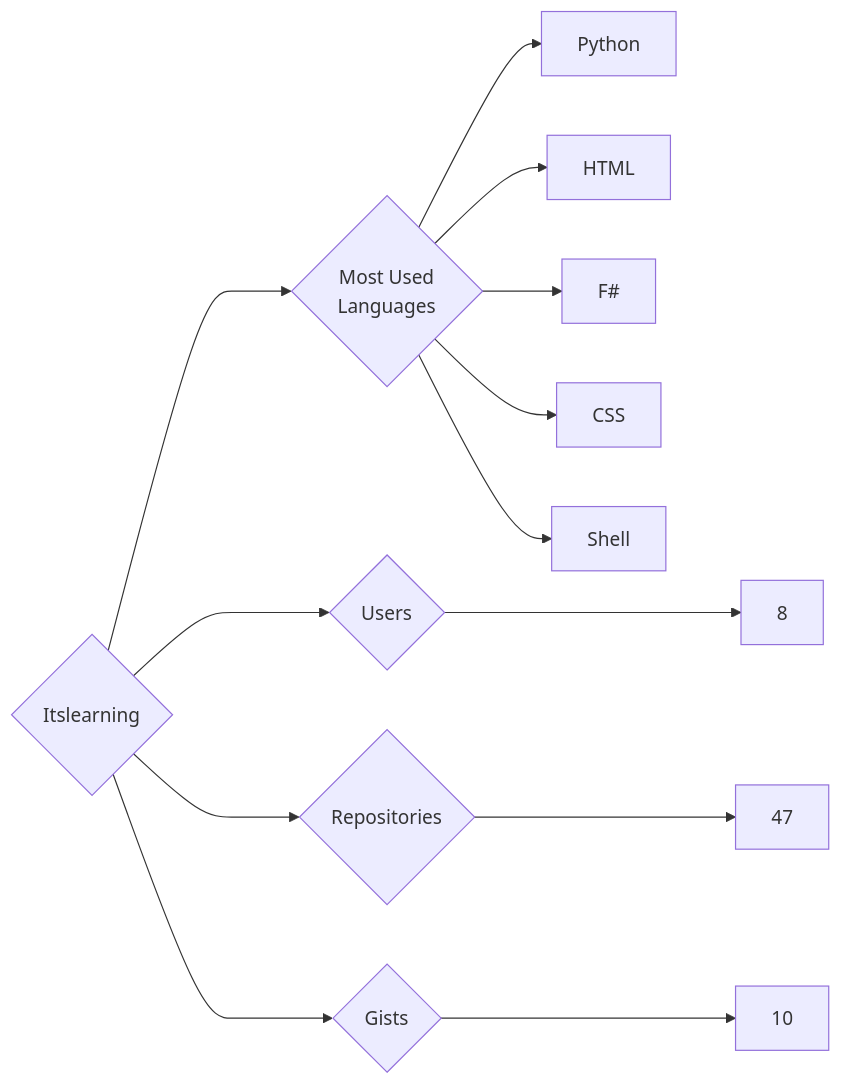
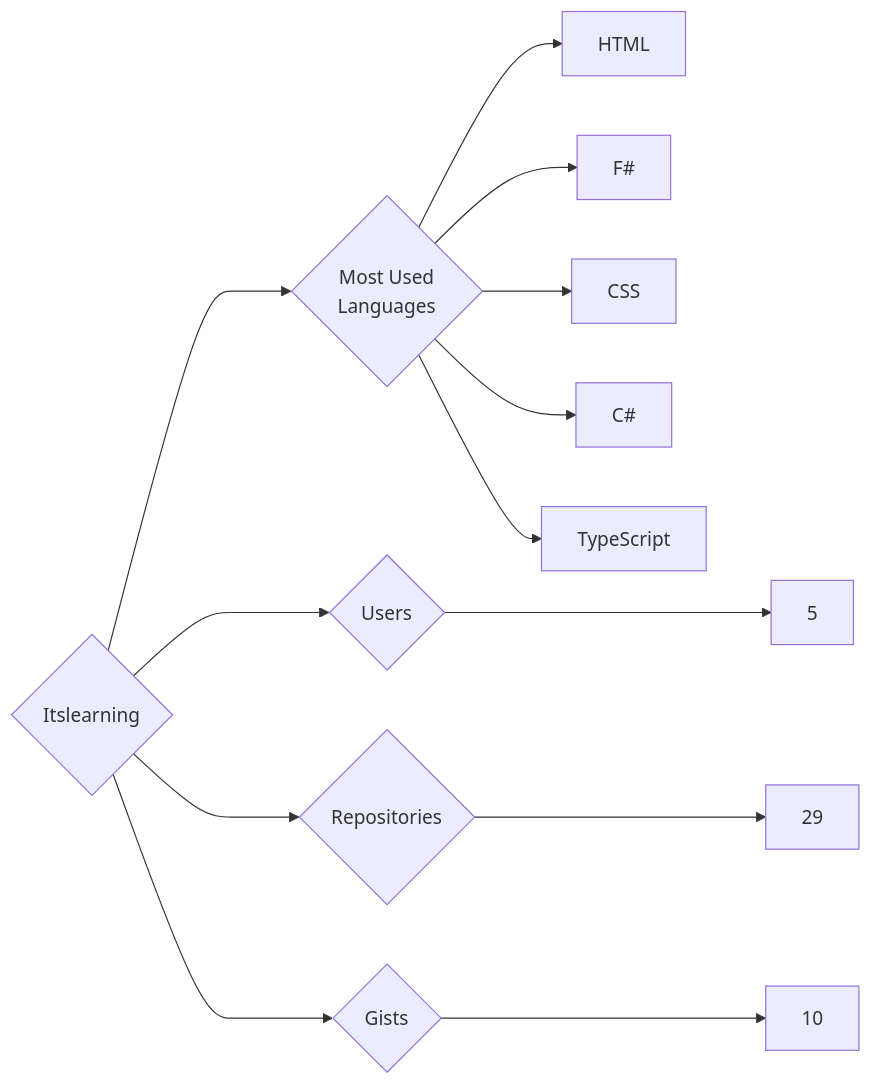
One commit to trickest/insiders changed the diagram in targets/Itslearning/README.md. Above: the diagram before and after it, drawn with Mermaid. The commit also changed 714 other files, not shown here.

````diff
--- a/targets/Itslearning/README.md
+++ b/targets/Itslearning/README.md
@@ -3,13 +3,13 @@
 ```mermaid
 graph LR
 COMPANY_NAME{Itslearning}
-COMPANY_NAME ---> U{Users} ---> UN[8]
-COMPANY_NAME ---> R{Repositories} ---> RN[47]
+COMPANY_NAME ---> U{Users} ---> UN[5]
+COMPANY_NAME ---> R{Repositories} ---> RN[29]
 COMPANY_NAME ---> G{Gists} ---> GN[10]
 COMPANY_NAME ---> ML{Most Used<br>Languages}
-ML --> Python[Python]
 ML --> HTML[HTML]
 ML --> F#[F#]
 ML --> CSS[CSS]
-ML --> Shell[Shell]
+ML --> C#[C#]
+ML --> TypeScript[TypeScript]
 ```
````
